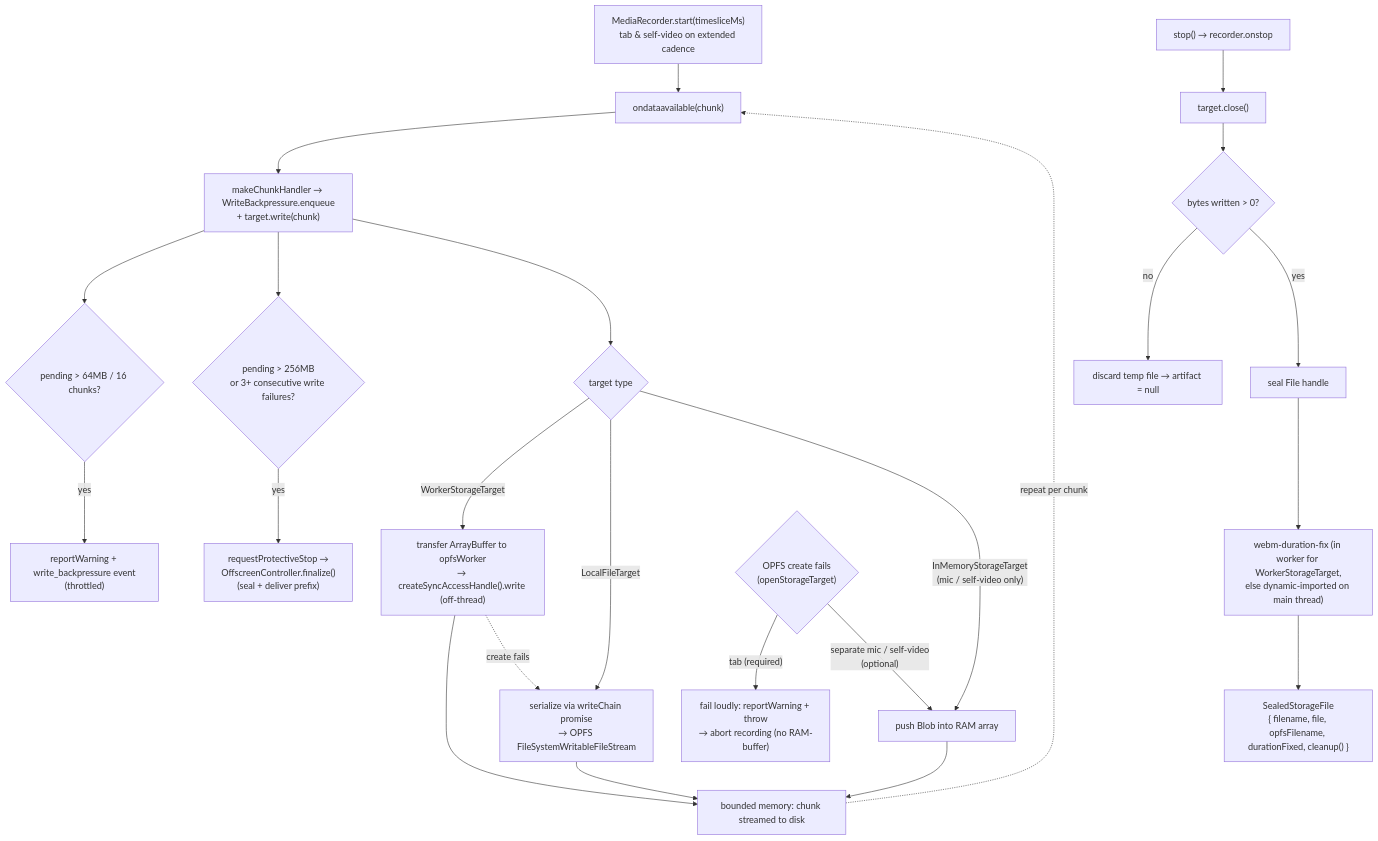
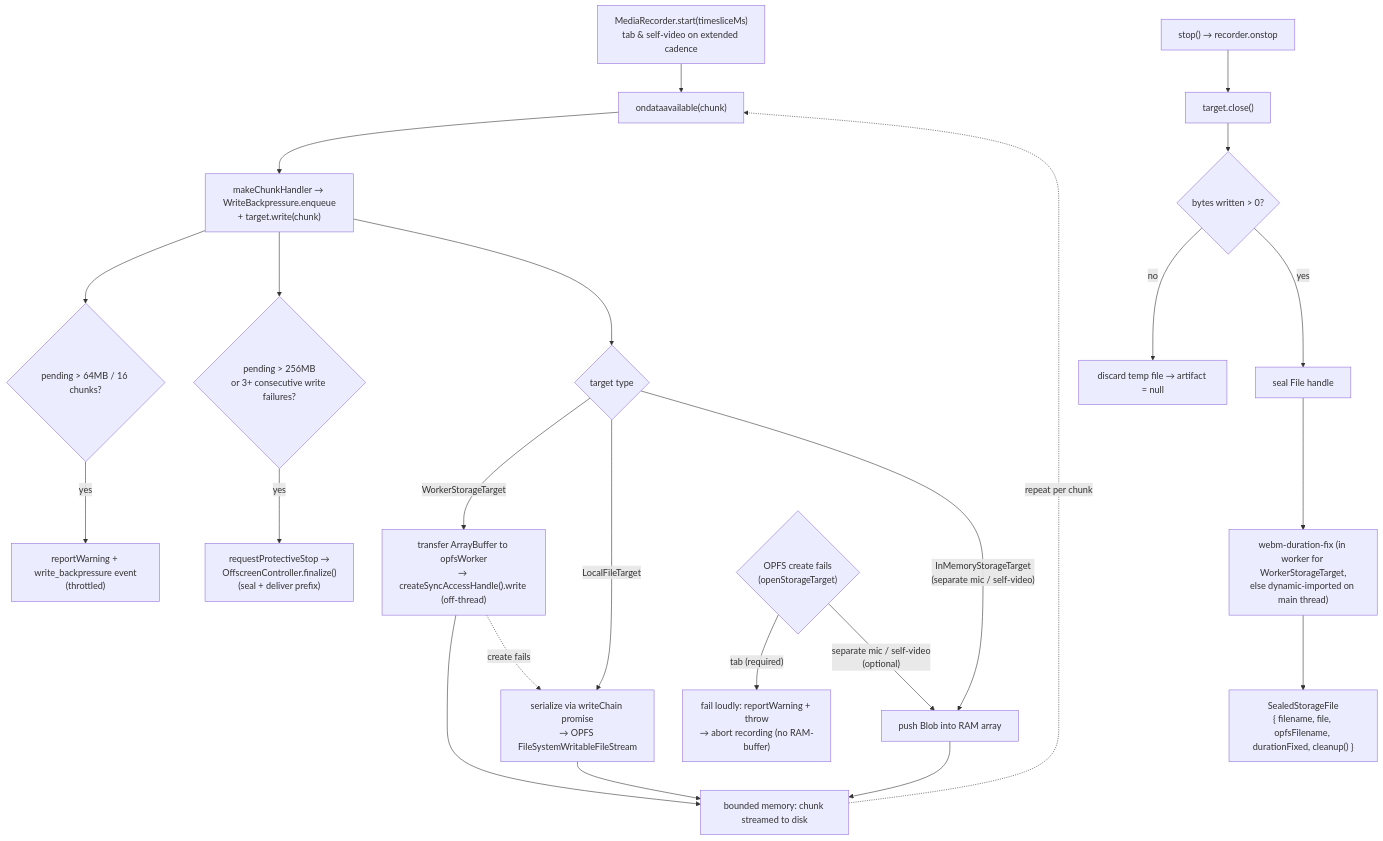
One commit to kstroevsky/chrome-meeting-recording-extension changed the tenth of 17 diagrams in README.md. Above: the diagram before and after it, drawn with Mermaid. The commit also changed other lines of this file and 4 other files, not shown here.

````diff
--- a/README.md
+++ b/README.md
@@ -1519,28 +1473,28 @@
 ```mermaid
 flowchart TD
     A["MediaRecorder.start(timesliceMs)<br/>tab & self-video on extended cadence"] --> B["ondataavailable(chunk)"]
     B --> C["makeChunkHandler → WriteBackpressure.enqueue<br/>+ target.write(chunk)"]
     C --> BP{"pending > 64MB / 16 chunks?"}
     BP -->|yes| W["reportWarning + write_backpressure event<br/>(throttled)"]
     C --> HC{"pending > 256MB<br/>or 3+ consecutive write failures?"}
     HC -->|yes| PS["requestProtectiveStop →<br/>OffscreenController.finalize()<br/>(seal + deliver prefix)"]
     C --> D{"target type"}
     D -->|WorkerStorageTarget| WK["transfer ArrayBuffer to opfsWorker<br/>→ createSyncAccessHandle().write (off-thread)"]
     D -->|LocalFileTarget| E["serialize via writeChain promise<br/>→ OPFS FileSystemWritableFileStream"]
-    D -->|"InMemoryStorageTarget<br/>(mic / self-video only)"| F["push Blob into RAM array"]
+    D -->|"InMemoryStorageTarget<br/>(separate mic / self-video)"| F["push Blob into RAM array"]
     WK --> G["bounded memory: chunk streamed to disk"]
     E --> G
     F --> G
     G -.->|repeat per chunk| B
 
     H["stop() → recorder.onstop"] --> I["target.close()"]
     I --> J{"bytes written > 0?"}
     J -->|no| K["discard temp file → artifact = null"]
     J -->|yes| L["seal File handle"]
     L --> M["webm-duration-fix (in worker for WorkerStorageTarget,<br/>else dynamic-imported on main thread)"]
     M --> N["SealedStorageFile<br/>{ filename, file, opfsFilename, durationFixed, cleanup() }"]
 
     WK -. create fails .-> E
     O{"OPFS create fails<br/>(openStorageTarget)"} -->|"tab (required)"| FAIL["fail loudly: reportWarning + throw<br/>→ abort recording (no RAM-buffer)"]
     O -->|"separate mic / self-video<br/>(optional)"| F
 ```
````
